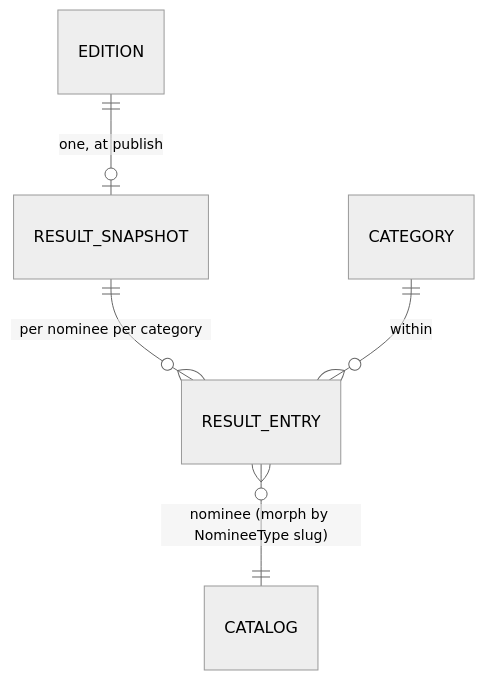
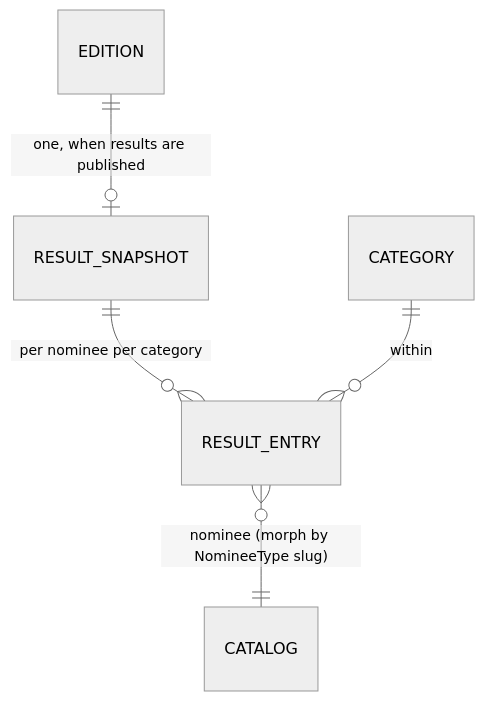
One commit to soma-labs/rominas-api changed the sixth of 7 diagrams in docs/domain-model.md. Above: the diagram before and after it, drawn with Mermaid (neutral theme). The commit also changed other lines of this file and 17 other files, not shown here.

First line of the commit message:
Rename FreezeResultsOnEditionPublished to FreezeResultsOnResultsPublished

````diff
--- a/docs/domain-model.md
+++ b/docs/domain-model.md
@@ -460,7 +461,7 @@
 ```mermaid
 erDiagram
-    EDITION ||--o| RESULT_SNAPSHOT : "one, at publish"
+    EDITION ||--o| RESULT_SNAPSHOT : "one, when results are published"
     RESULT_SNAPSHOT ||--o{ RESULT_ENTRY : "per nominee per category"
     CATEGORY ||--o{ RESULT_ENTRY : "within"
     RESULT_ENTRY }o--|| CATALOG : "nominee (morph by NomineeType slug)"
 ```
````
